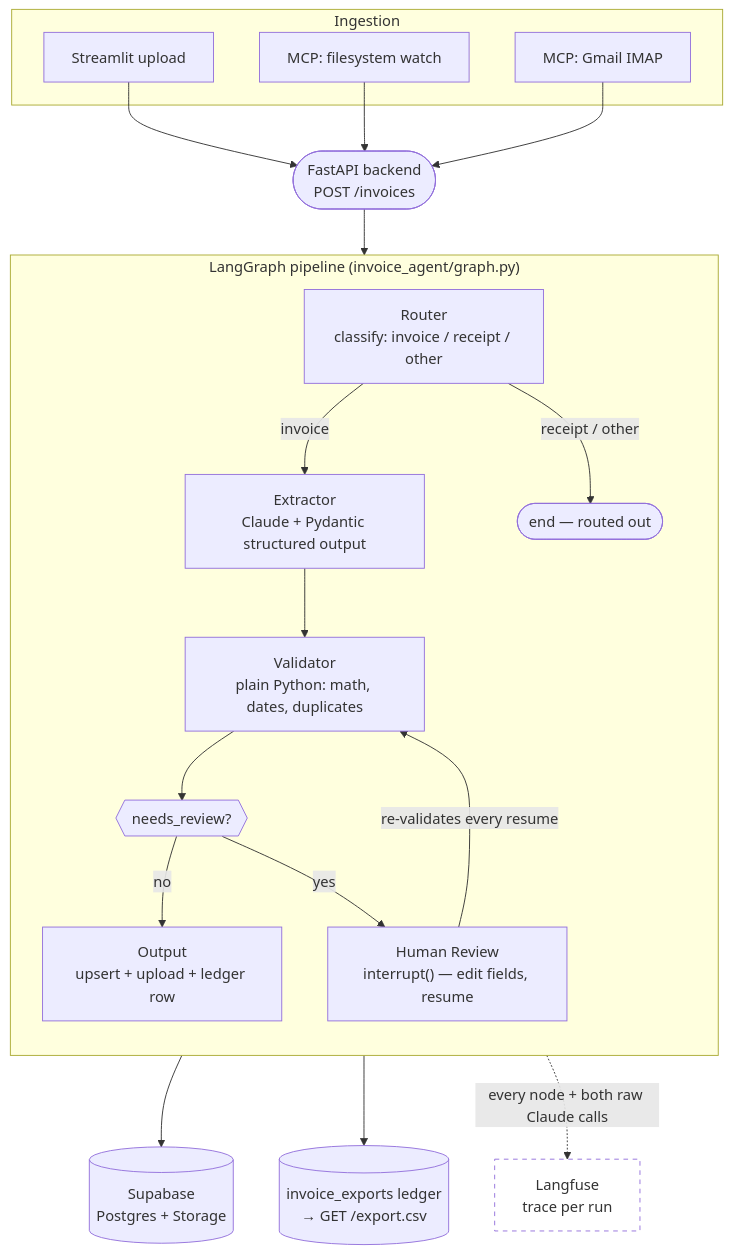
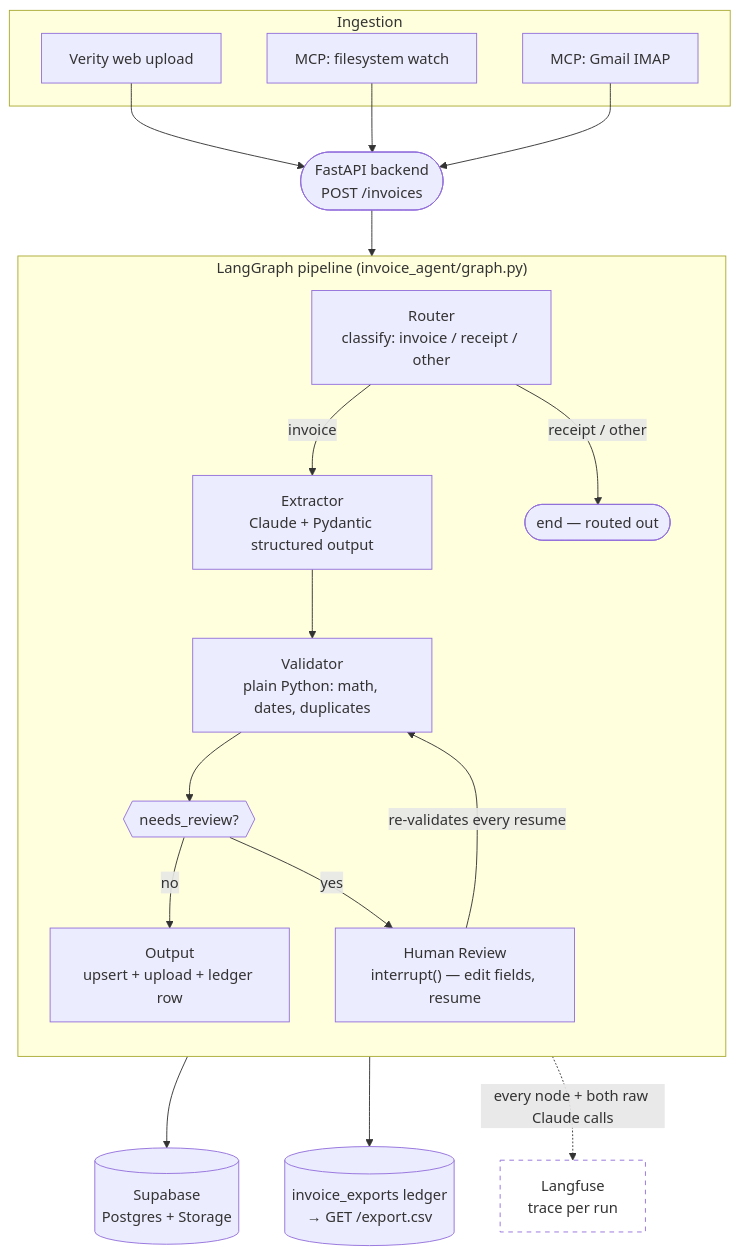
Before and after one commit to HumdaanSyed/Multi-Agent-Invoice-Processor: the diagram in README.md, drawn with Mermaid. The commit also changed other lines of this file and 37 other files, not shown here.

````diff
--- a/README.md
+++ b/README.md
@@ -27,39 +23,39 @@
 ```mermaid
 flowchart TD
     subgraph Ingestion
-        A1["Streamlit upload"]
+        A1["Verity web upload"]
         A2["MCP: filesystem watch"]
         A3["MCP: Gmail IMAP"]
     end
 
     A1 --> B
     A2 --> B
     A3 --> B
 
     B(["FastAPI backend<br/>POST /invoices"]) --> C
 
     subgraph Pipeline["LangGraph pipeline (invoice_agent/graph.py)"]
         direction TB
         C["Router<br/>classify: invoice / receipt / other"]
         D["Extractor<br/>Claude + Pydantic structured output"]
         E["Validator<br/>plain Python: math, dates, duplicates"]
         F{{"needs_review?"}}
         G["Human Review<br/>interrupt() — edit fields, resume"]
         H["Output<br/>upsert + upload + ledger row"]
 
         C -- "invoice" --> D
         C -- "receipt / other" --> END1(["end — routed out"])
         D --> E
         E --> F
         F -- "no" --> H
         F -- "yes" --> G
         G -- "re-validates every resume" --> E
     end
 
     H --> I[("Supabase<br/>Postgres + Storage")]
     H --> J[("invoice_exports ledger<br/>→ GET /export.csv")]
 
     Pipeline -.->|"every node + both raw Claude calls"| K["Langfuse<br/>trace per run"]
 
     style K fill:#00000000,stroke-dasharray: 5 5
 ```
````
